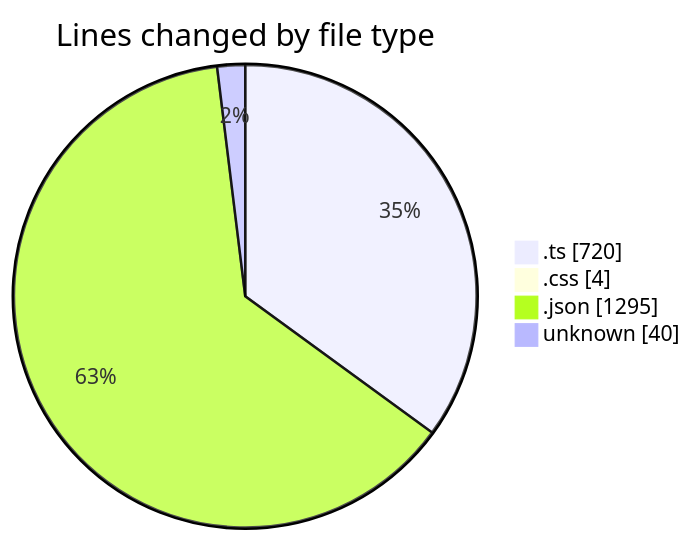
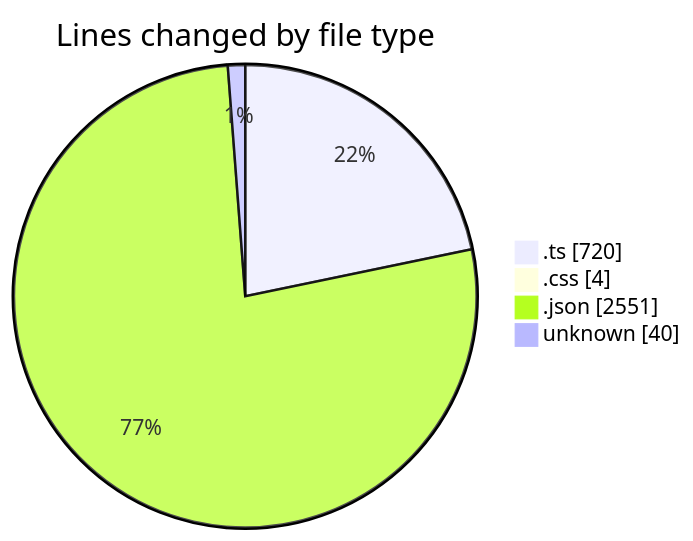
Before and after one commit to EIIisD/code-tracking: the first of 2 diagrams in 2025-07-13/tampermonkey/README.md, drawn with Mermaid. The commit also changed other lines of this file and 1 other file, not shown here.

````diff
--- a/2025-07-13/tampermonkey/README.md
+++ b/2025-07-13/tampermonkey/README.md
@@ -33,8 +33,8 @@
 ```mermaid
 pie showData
 title Lines changed by file type
 ".ts" : 720
 ".css" : 4
-".json" : 1295
+".json" : 2551
 "unknown" : 40
 ```
````
